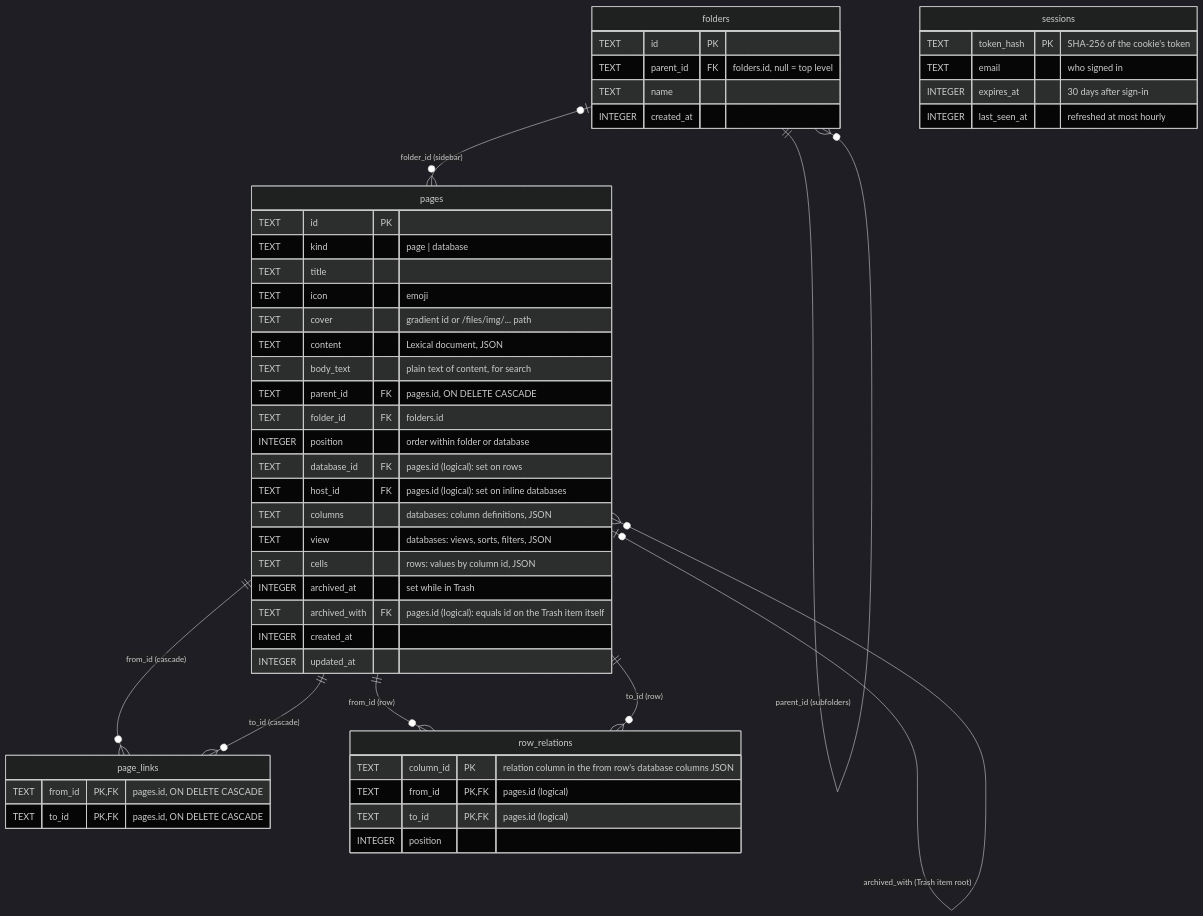
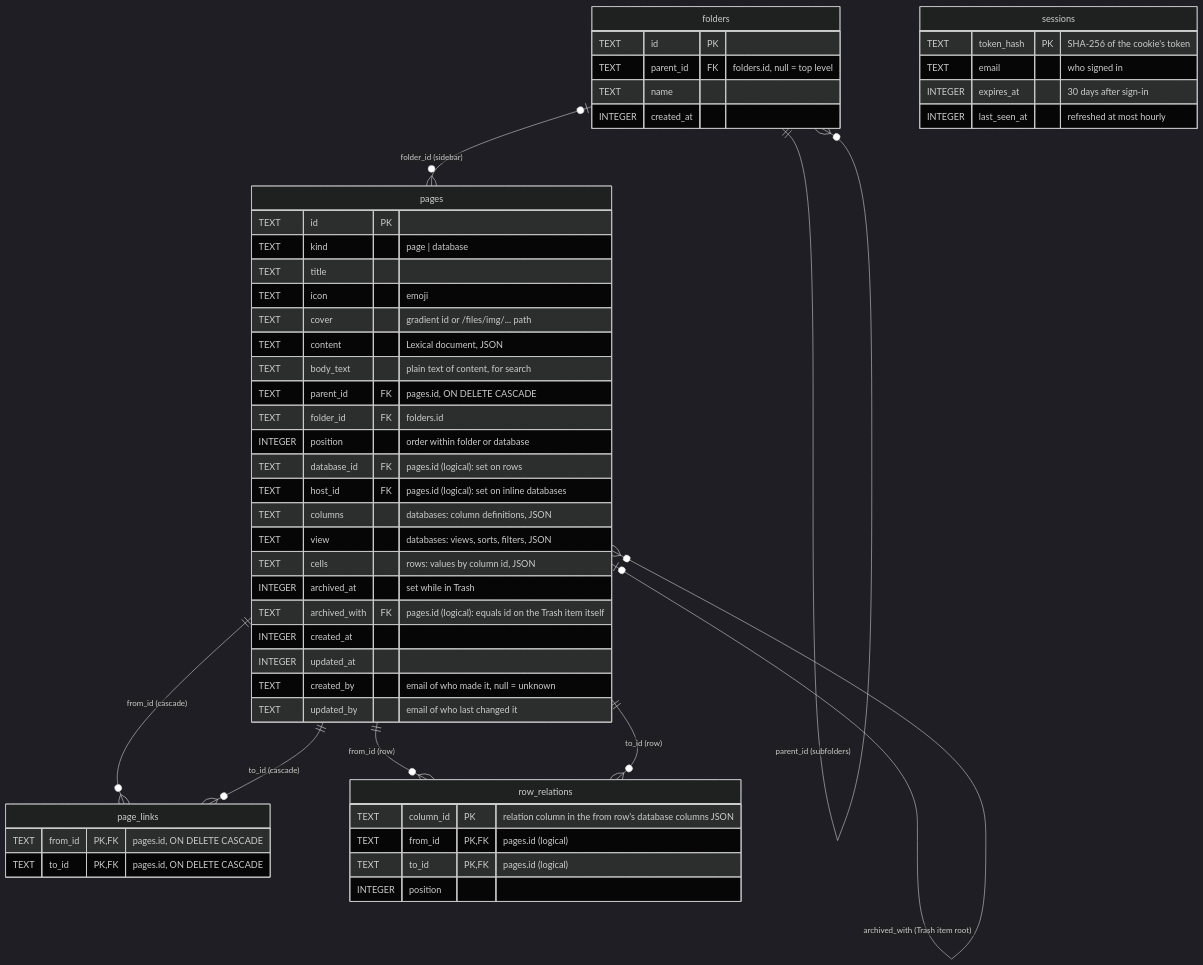
One commit to wai-lin/cfnotes changed the diagram in docs/database.md. Above: the diagram before and after it, drawn with Mermaid (dark theme). The commit also changed 28 other files, not shown here.

````diff
--- a/docs/database.md
+++ b/docs/database.md
@@ -5,61 +5,63 @@
 ```mermaid
 erDiagram
 	folders ||--o{ folders : "parent_id (subfolders)"
 	folders |o--o{ pages : "folder_id (sidebar)"
 	pages |o--o{ pages : "parent_id (sub-pages, cascade)"
 	pages |o--o{ pages : "database_id (rows of a database)"
 	pages |o--o{ pages : "host_id (inline database on a page)"
 	pages |o--o{ pages : "archived_with (Trash item root)"
 	pages ||--o{ page_links : "from_id (cascade)"
 	pages ||--o{ page_links : "to_id (cascade)"
 	pages ||--o{ row_relations : "from_id (row)"
 	pages ||--o{ row_relations : "to_id (row)"
 
 	folders {
 		TEXT id PK
 		TEXT parent_id FK "folders.id, null = top level"
 		TEXT name
 		INTEGER created_at
 	}
 
 	pages {
 		TEXT id PK
 		TEXT kind "page | database"
 		TEXT title
 		TEXT icon "emoji"
 		TEXT cover "gradient id or /files/img/... path"
 		TEXT content "Lexical document, JSON"
 		TEXT body_text "plain text of content, for search"
 		TEXT parent_id FK "pages.id, ON DELETE CASCADE"
 		TEXT folder_id FK "folders.id"
 		INTEGER position "order within folder or database"
 		TEXT database_id FK "pages.id (logical): set on rows"
 		TEXT host_id FK "pages.id (logical): set on inline databases"
 		TEXT columns "databases: column definitions, JSON"
 		TEXT view "databases: views, sorts, filters, JSON"
 		TEXT cells "rows: values by column id, JSON"
 		INTEGER archived_at "set while in Trash"
 		TEXT archived_with FK "pages.id (logical): equals id on the Trash item itself"
 		INTEGER created_at
 		INTEGER updated_at
+		TEXT created_by "email of who made it, null = unknown"
+		TEXT updated_by "email of who last changed it"
 	}
 
 	page_links {
 		TEXT from_id PK,FK "pages.id, ON DELETE CASCADE"
 		TEXT to_id PK,FK "pages.id, ON DELETE CASCADE"
 	}
 
 	sessions {
 		TEXT token_hash PK "SHA-256 of the cookie's token"
 		TEXT email "who signed in"
 		INTEGER expires_at "30 days after sign-in"
 		INTEGER last_seen_at "refreshed at most hourly"
 	}
 
 	row_relations {
 		TEXT column_id PK "relation column in the from row's database columns JSON"
 		TEXT from_id PK,FK "pages.id (logical)"
 		TEXT to_id PK,FK "pages.id (logical)"
 		INTEGER position
 	}
 ```
````
